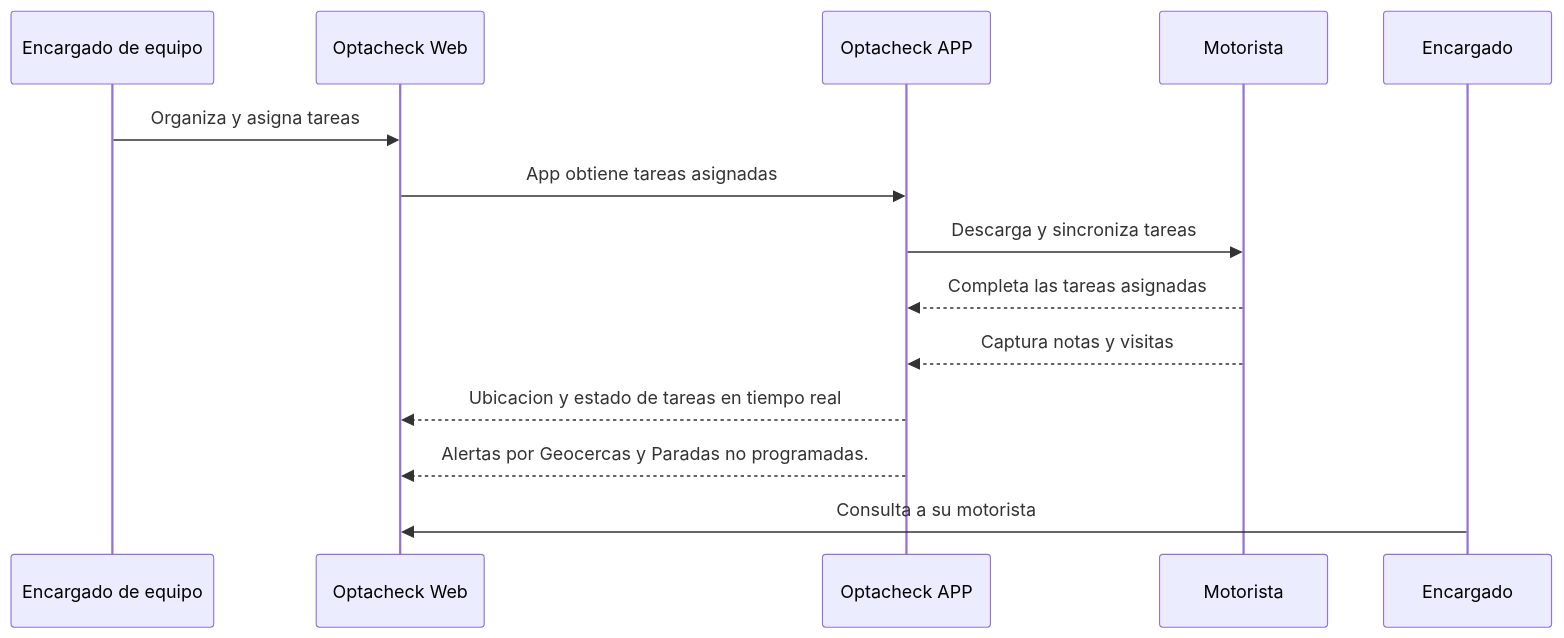
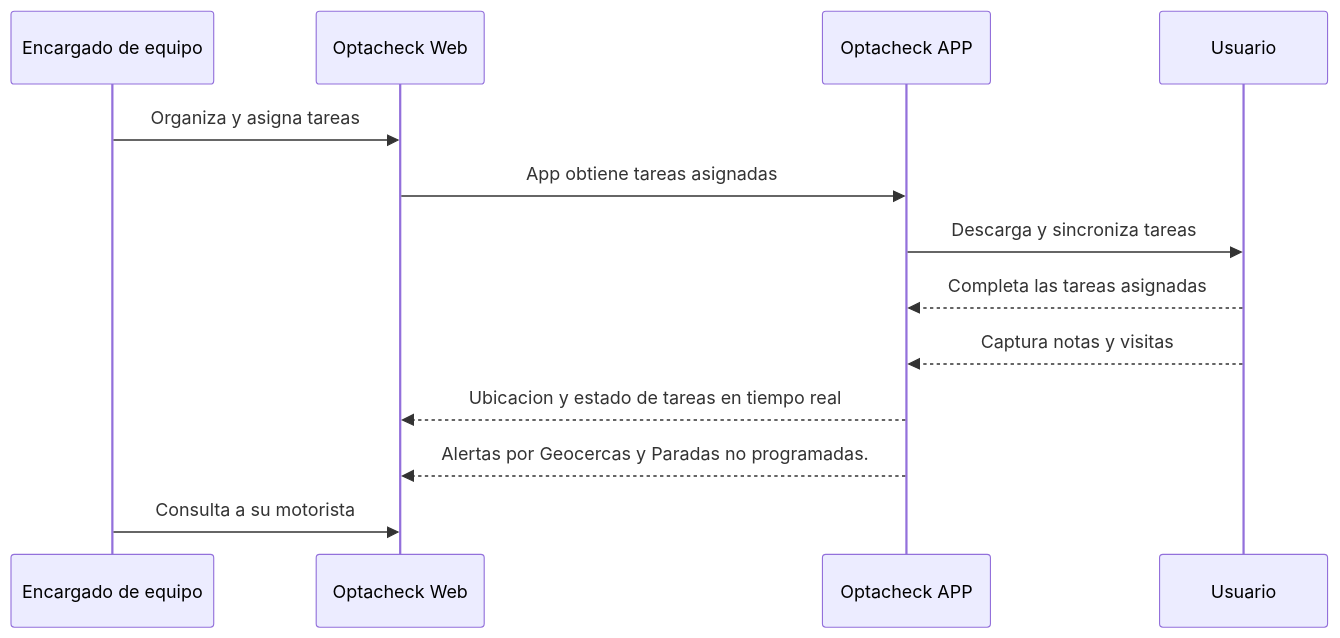
Before and after one commit to vicvicvar/hook-public-docs: the diagram in docs-v1/tutorial-espanol/index.md, drawn with Mermaid. The commit also changed other lines of this file, not shown here.

Commit message:
docs-v1/tutorial-espanol/index.md updated from https://stackedit.io/

````diff
--- a/docs-v1/tutorial-espanol/index.md
+++ b/docs-v1/tutorial-espanol/index.md
@@ -6,12 +11,11 @@
 ```mermaid
 sequenceDiagram
 Encargado de equipo ->> Optacheck Web: Organiza y asigna tareas
 Optacheck Web ->> Optacheck APP: App obtiene tareas asignadas
-Optacheck APP ->> Motorista: Descarga y sincroniza tareas
-Motorista -->> Optacheck APP: Completa las tareas asignadas 
-Motorista -->> Optacheck APP: Captura notas y visitas
-
+Optacheck APP ->> Usuario: Descarga y sincroniza tareas
+Usuario-->> Optacheck APP: Completa las tareas asignadas 
+Usuario-->> Optacheck APP: Captura notas y visitas
 Optacheck APP-->>Optacheck Web: Ubicacion y estado de tareas en tiempo real
 Optacheck APP-->>Optacheck Web: Alertas por Geocercas y Paradas no programadas.
-Encargado ->> Optacheck Web: Consulta a su motorista 
+Encargado de equipo ->> Optacheck Web: Consulta a su motorista 
 ```
````
